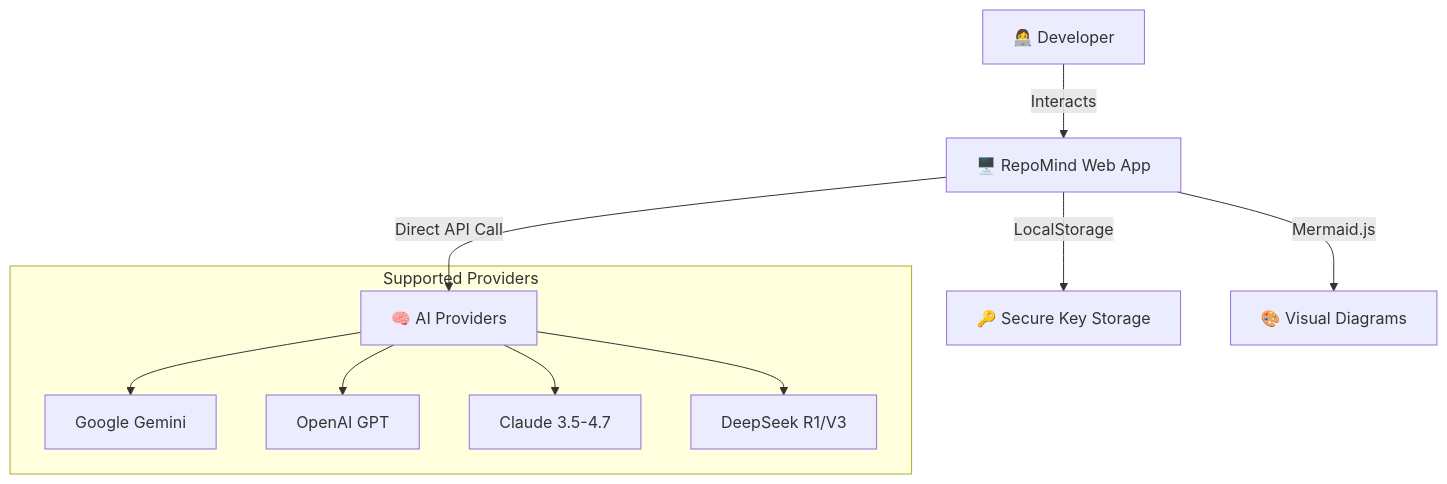
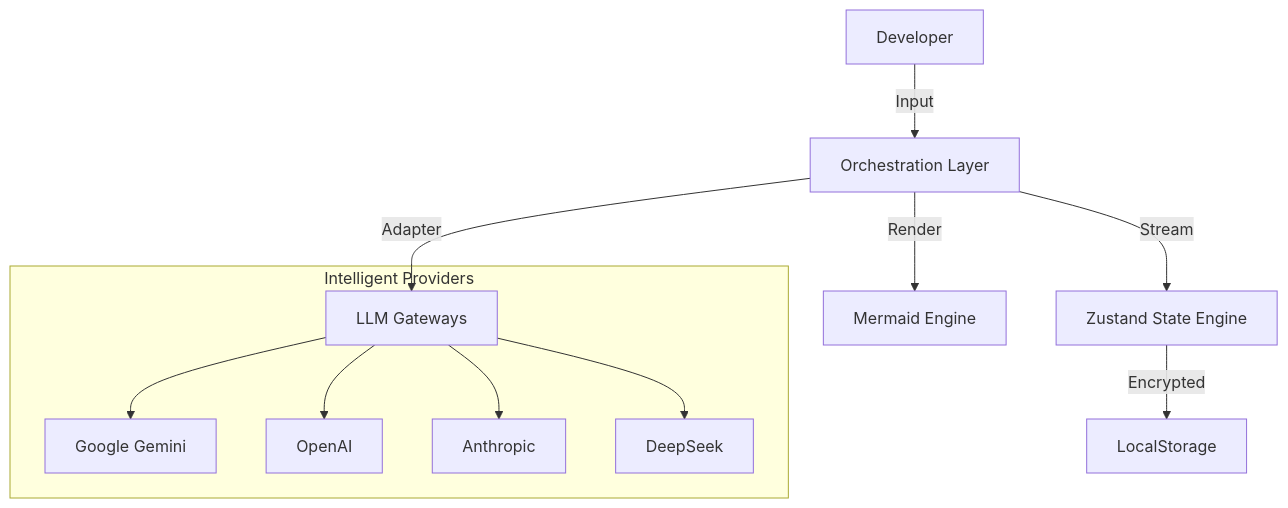
The diagram in README.md (majdjadalhaq/RepoMind), drawn with Mermaid before and after one commit. The commit also changed other lines of this file, not shown here.

````diff
--- a/README.md
+++ b/README.md
@@ -38,15 +45,16 @@
 ```mermaid
 graph TD
-    User[👩‍💻 Developer] -->|Interacts| UI[🖥️ RepoMind Web App]
-    UI -->|Direct API Call| Providers[🧠 AI Providers]
+    User[Developer] -->|Input| UI[Orchestration Layer]
+    UI -->|Stream| Store[Zustand State Engine]
+    Store -->|Encrypted| Local[LocalStorage]
+    UI -->|Adapter| Providers[LLM Gateways]
     
-    subgraph "Supported Providers"
-        Providers --> Google[Google Gemini]
-        Providers --> OpenAI[OpenAI GPT]
-        Providers --> Anthropic[Claude 3.5-4.7]
-        Providers --> DeepSeek[DeepSeek R1/V3]
+    subgraph "Intelligent Providers"
+        Providers --> G[Google Gemini]
+        Providers --> O[OpenAI]
+        Providers --> A[Anthropic]
+        Providers --> D[DeepSeek]
     end
     
-    UI -->|LocalStorage| Keys[🔑 Secure Key Storage]
-    UI -->|Mermaid.js| Charts[🎨 Visual Diagrams]
+    UI -->|Render| Viz[Mermaid Engine]
 ```
````
